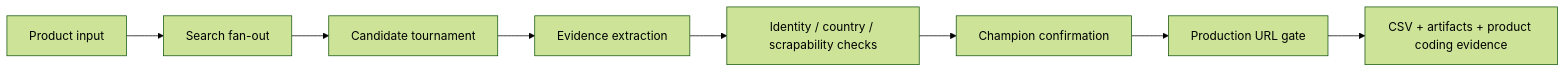
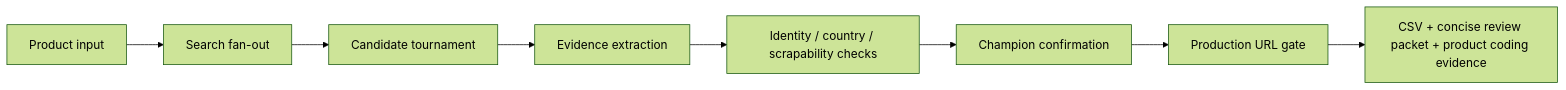
One commit to Akilankm/web_search_tool changed the second of 2 diagrams in docs/README.md. Above: the diagram before and after it, drawn with Mermaid (forest theme). The commit also changed other lines of this file, not shown here.

Commit message:
Update docs index for concise review packet

````diff
--- a/docs/README.md
+++ b/docs/README.md
@@ -46,10 +48,10 @@
 ```mermaid
 flowchart LR
     A[Product input] --> B[Search fan-out]
     B --> C[Candidate tournament]
     C --> D[Evidence extraction]
     D --> E[Identity / country / scrapability checks]
     E --> F[Champion confirmation]
     F --> G[Production URL gate]
-    G --> H[CSV + artifacts + product coding evidence]
+    G --> H[CSV + concise review packet + product coding evidence]
 ```
````
